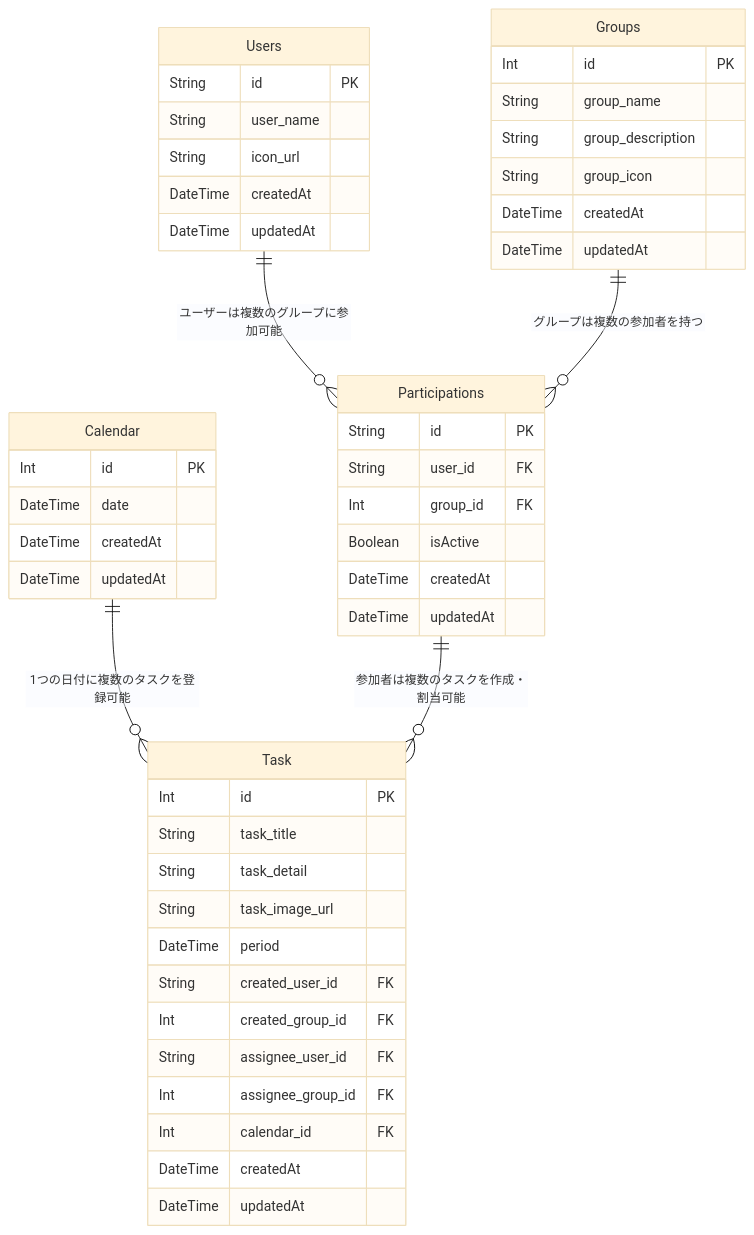
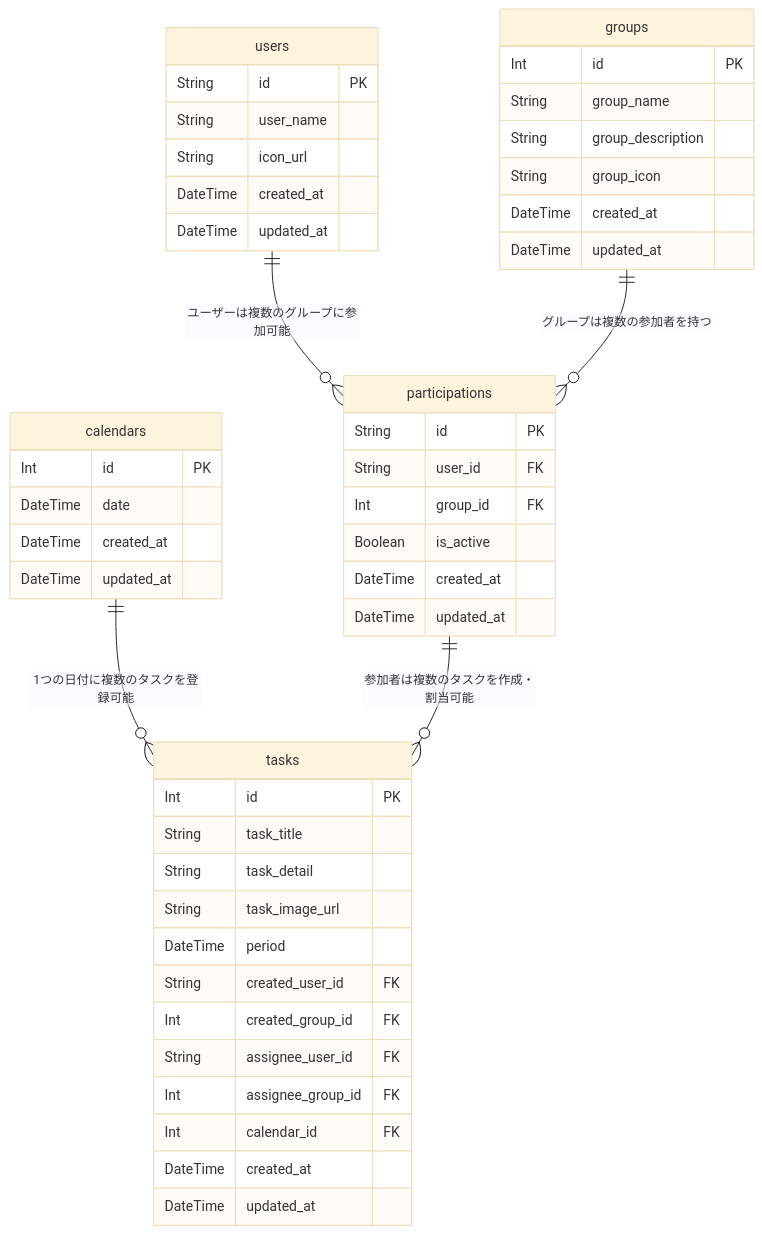
Before and after one commit to hiroyuki20010323/portfolio: the diagram in README.md, drawn with Mermaid (base theme). The commit also changed other lines of this file and 18 other files, not shown here.

````diff
--- a/README.md
+++ b/README.md
@@ -70,52 +70,52 @@
 ```mermaid
 erDiagram
-    Users {
+    users {
         String id PK
         String user_name
         String icon_url
-        DateTime createdAt
-        DateTime updatedAt
+        DateTime created_at
+        DateTime updated_at
     }
-    Groups {
+    groups {
         Int id PK
         String group_name
         String group_description
         String group_icon
-        DateTime createdAt
-        DateTime updatedAt
+        DateTime created_at
+        DateTime updated_at
     }
-    Participations {
+    participations {
         String id PK
         String user_id FK
         Int group_id FK
-        Boolean isActive
-        DateTime createdAt
-        DateTime updatedAt
+        Boolean is_active
+        DateTime created_at
+        DateTime updated_at
     }
-    Calendar {
+    calendars {
         Int id PK
         DateTime date
-        DateTime createdAt
-        DateTime updatedAt
+        DateTime created_at
+        DateTime updated_at
     }
-    Task {
+    tasks {
         Int id PK
         String task_title
         String task_detail
         String task_image_url
         DateTime period
         String created_user_id FK
         Int created_group_id FK
         String assignee_user_id FK
         Int assignee_group_id FK
         Int calendar_id FK
-        DateTime createdAt
-        DateTime updatedAt
+        DateTime created_at
+        DateTime updated_at
     }
 
     %% Relationships
-    Users ||--o{ Participations : "ユーザーは複数のグループに参加可能"
-    Groups ||--o{ Participations : "グループは複数の参加者を持つ"
-    Calendar ||--o{ Task : "1つの日付に複数のタスクを登録可能"
-    Participations ||--o{ Task : "参加者は複数のタスクを作成・割当可能"
+    users ||--o{ participations : "ユーザーは複数のグループに参加可能"
+    groups ||--o{ participations : "グループは複数の参加者を持つ"
+    calendars ||--o{ tasks : "1つの日付に複数のタスクを登録可能"
+    participations ||--o{ tasks : "参加者は複数のタスクを作成・割当可能"
 ```
````
